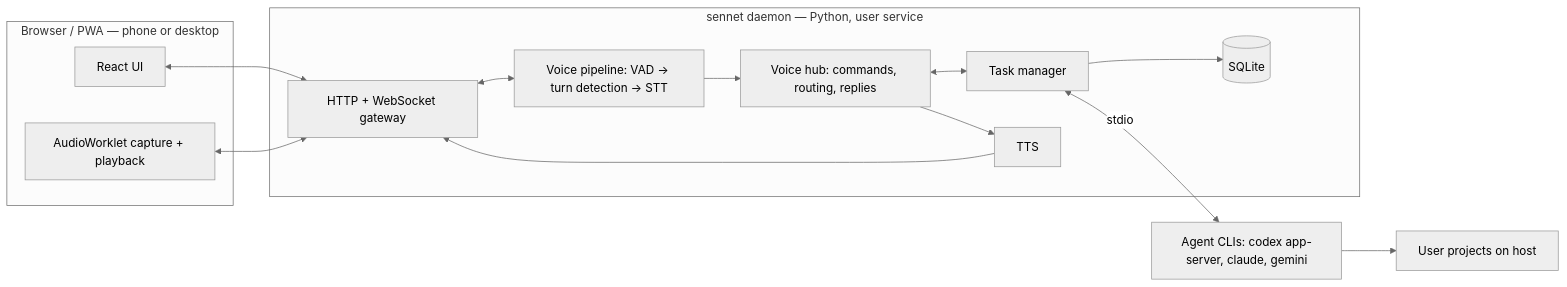
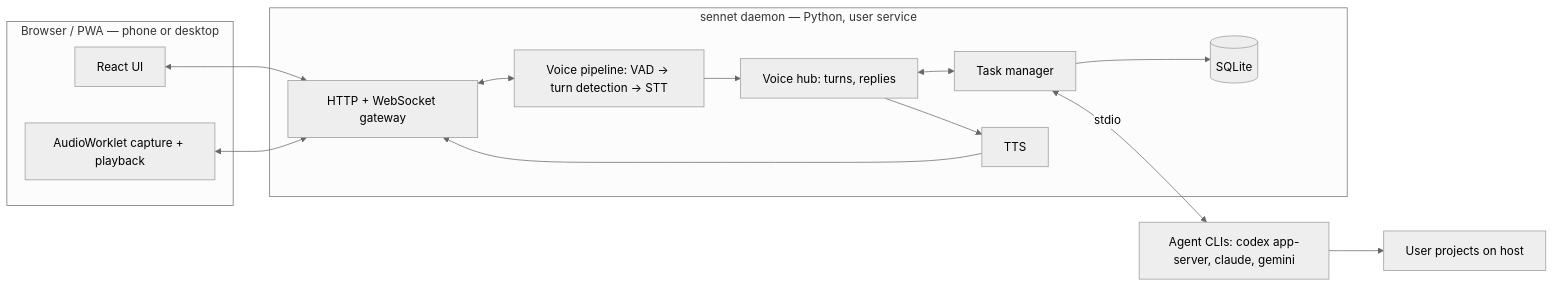
Before and after one commit to hey-sennet/sennet: the diagram in docs/HLD.md, drawn with Mermaid (neutral theme). The commit also changed other lines of this file and 42 other files, not shown here.

````diff
--- a/docs/HLD.md
+++ b/docs/HLD.md
@@ -39,26 +40,26 @@
 ```mermaid
 flowchart LR
     subgraph Client[Browser / PWA — phone or desktop]
         UI[React UI]
         AW[AudioWorklet capture + playback]
     end
     subgraph Daemon[sennet daemon — Python, user service]
         WS[HTTP + WebSocket gateway]
         VOICE[Voice pipeline: VAD → turn detection → STT]
-        HUB[Voice hub: commands, routing, replies]
+        HUB[Voice hub: turns, replies]
         TASKS[Task manager]
         TTS[TTS]
         DB[(SQLite)]
         WS <--> VOICE
         VOICE --> HUB
         HUB <--> TASKS
         HUB --> TTS --> WS
         TASKS --> DB
     end
     AG[Agent CLIs: codex app-server, claude, gemini]
     FS[User projects on host]
     UI <--> WS
     AW <--> WS
     TASKS <-->|stdio| AG
     AG --> FS
 ```
````
